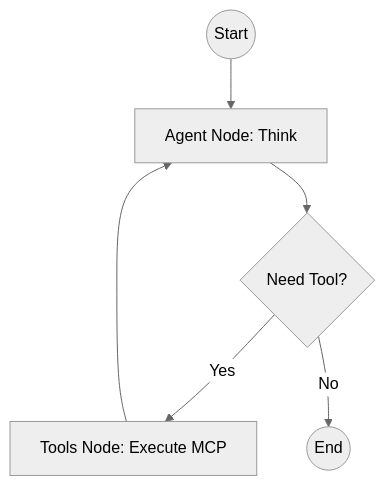
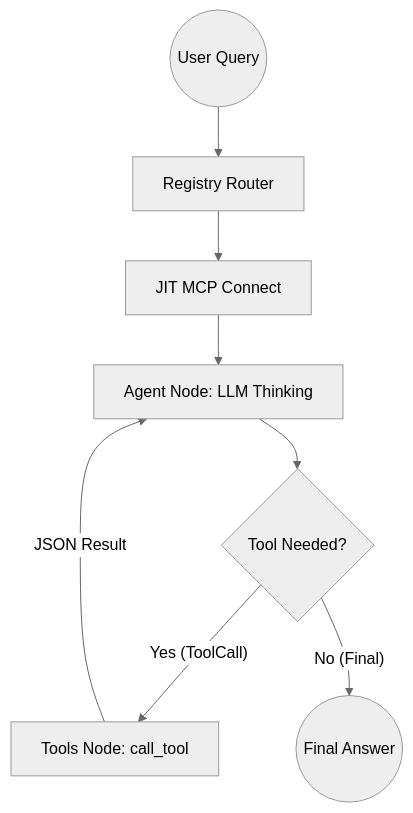
The second of 2 diagrams in README.md (mehdi-mirzapour/learn-mcp-lang-graph), drawn with Mermaid (neutral theme) before and after one commit. The commit also changed other lines of this file, not shown here.

Commit message:
Update README with detailed MCP tool call diagrams

````diff
--- a/README.md
+++ b/README.md
@@ -43,8 +52,10 @@
 ```mermaid
 graph TD
-    Start((Start)) --> Agent[Agent Node: Think]
-    Agent --> Condition{Need Tool?}
-    Condition -- Yes --> Tools[Tools Node: Execute MCP]
-    Tools --> Agent
-    Condition -- No --> End((End))
+    Start((User Query)) --> Route[Registry Router]
+    Route --> Connect[JIT MCP Connect]
+    Connect --> Agent[Agent Node: LLM Thinking]
+    Agent --> Condition{Tool Needed?}
+    Condition -- "Yes (ToolCall)" --> Tools[Tools Node: call_tool]
+    Tools -- "JSON Result" --> Agent
+    Condition -- "No (Final)" --> End((Final Answer))
 ```
````
